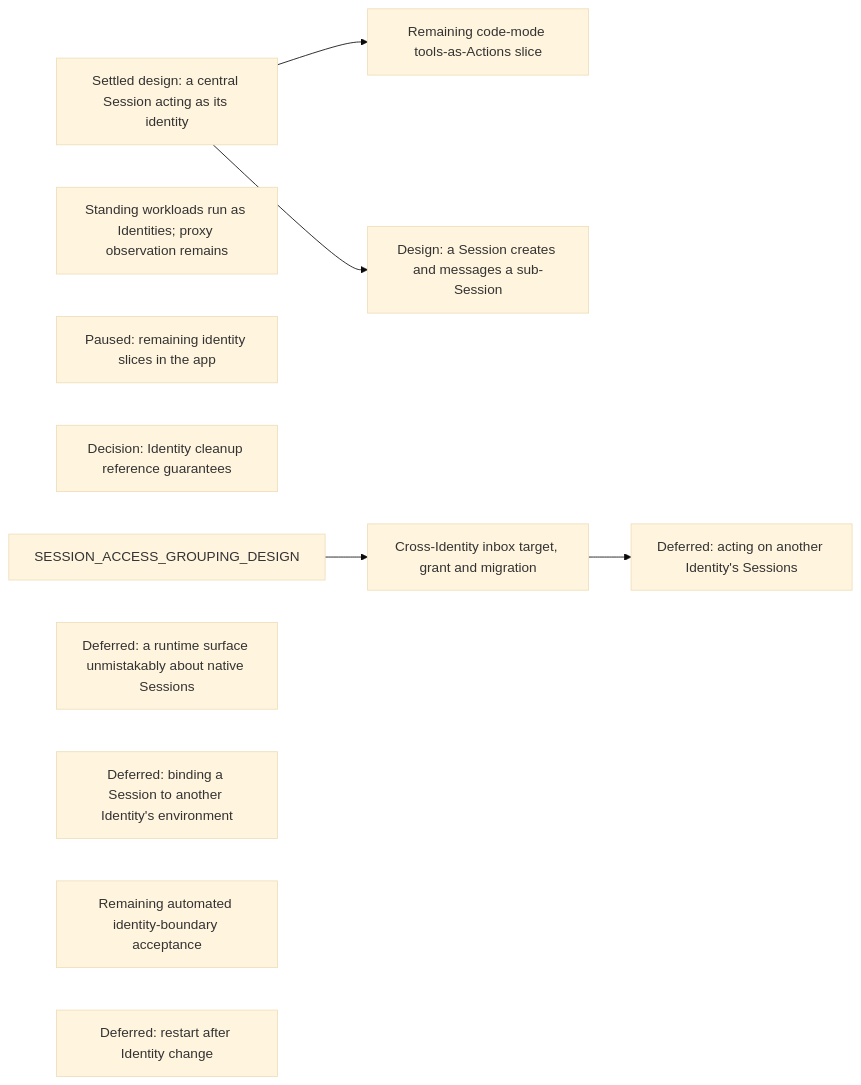
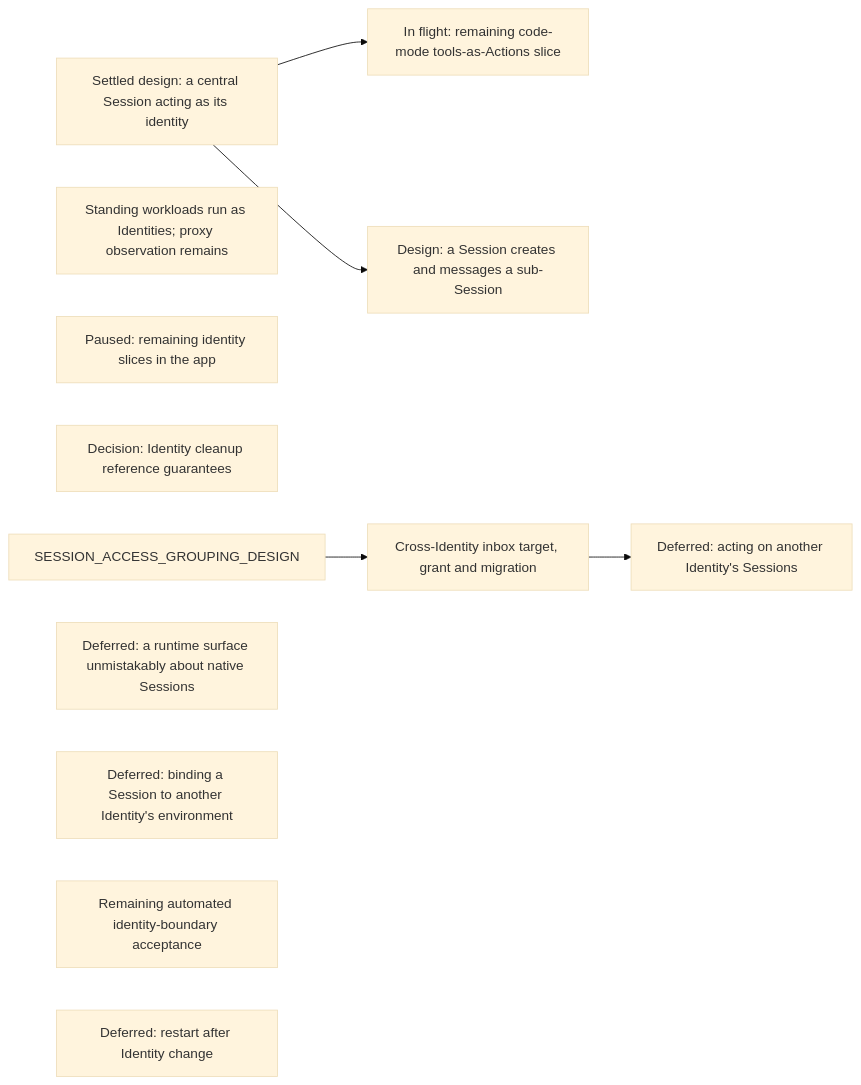
Before and after one commit to agentydragon/ducktape: diagram 18 of 21 in agentplane/plans/task_dag.md, drawn with Mermaid (base theme). The commit also changed other lines of this file, not shown here.

````diff
--- a/agentplane/plans/task_dag.md
+++ b/agentplane/plans/task_dag.md
@@ -3329,17 +3340,17 @@
 ```mermaid
 flowchart LR
     CENTRAL_SESSION_ACTING_DESIGN[Settled design: a central Session acting as its identity]
-    CENTRAL_SESSION_DELEGATED_ACTING[Remaining code-mode tools-as-Actions slice]
+    CENTRAL_SESSION_DELEGATED_ACTING[In flight: remaining code-mode tools-as-Actions slice]
     CENTRAL_SESSION_ACTING_DESIGN --> CENTRAL_SESSION_DELEGATED_ACTING
     STANDING_WORKLOAD_IDENTITY[Standing workloads run as Identities; proxy observation remains]
     APP_IDENTITIES_UI[Paused: remaining identity slices in the app]
     IDENTITY_CLEANUP_REFERENCE_DECISION[Decision: Identity cleanup reference guarantees]
     SESSION_SUBAGENT_DELEGATION[Design: a Session creates and messages a sub-Session]
     CENTRAL_SESSION_ACTING_DESIGN --> SESSION_SUBAGENT_DELEGATION
     SESSION_ACCESS_GROUPING_DESIGN --> SESSION_IDENTITY_AUTHZ[Cross-Identity inbox target, grant and migration]
     SESSION_IDENTITY_AUTHZ --> SESSION_CROSS_IDENTITY_AUTHORITY[Deferred: acting on another Identity's Sessions]
     ENVIRONMENT_RUNTIME_NATIVE_SURFACE[Deferred: a runtime surface unmistakably about native Sessions]
     CROSS_IDENTITY_SESSION_BINDING[Deferred: binding a Session to another Identity's environment]
     IDENTITY_SYSTEM_TESTS[Remaining automated identity-boundary acceptance]
     SANDBOX_IDENTITY_CHANGE_CHECKPOINT[Deferred: restart after Identity change]
 ```
````
